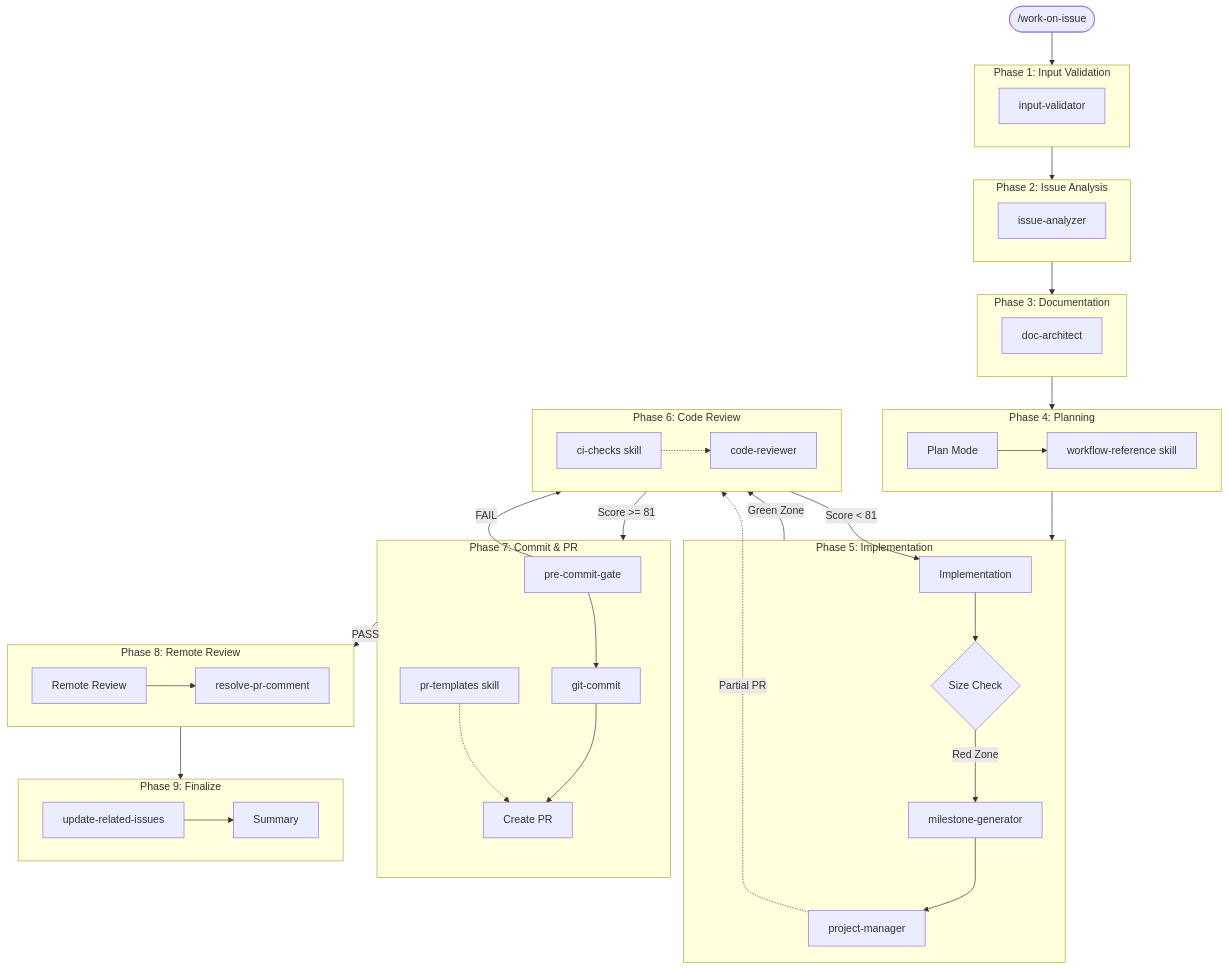
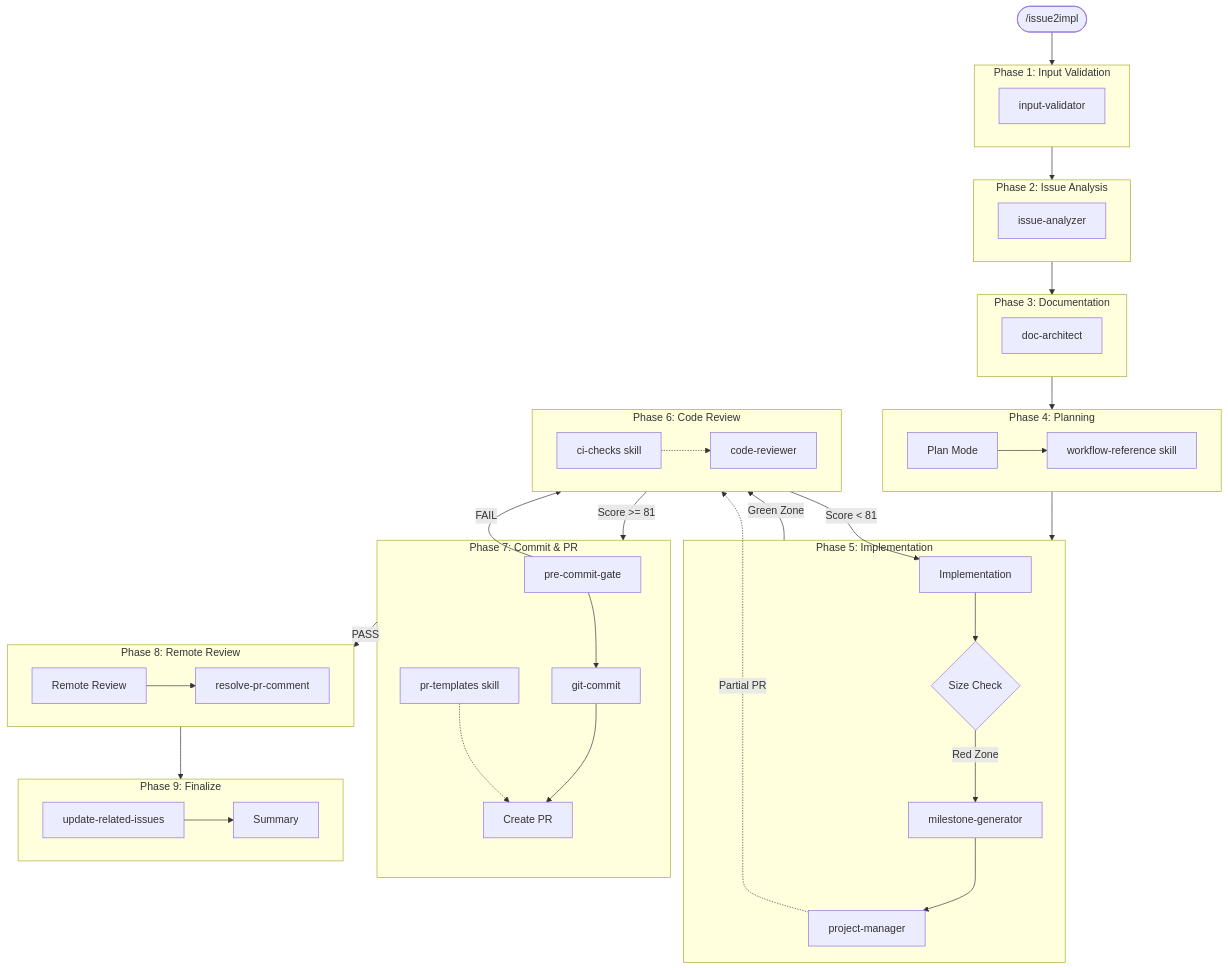
One commit to Entropy-xcy/agentize changed the first of 2 diagrams in claude/README.md. Above: the diagram before and after it, drawn with Mermaid. The commit also changed other lines of this file and 24 other files, not shown here.

First line of the commit message:
[fix] Restore custom command names /feat2issue and /issue2impl

````diff
--- a/claude/README.md
+++ b/claude/README.md
@@ -44,72 +44,72 @@
 ```mermaid
 flowchart TB
-    Start([/work-on-issue]) --> P1
+    Start([/issue2impl]) --> P1
 
     subgraph P1[Phase 1: Input Validation]
         IV[input-validator]
     end
 
     subgraph P2[Phase 2: Issue Analysis]
         IA[issue-analyzer]
     end
 
     subgraph P3[Phase 3: Documentation]
         DA[doc-architect]
     end
 
     subgraph P4[Phase 4: Planning]
         PM[Plan Mode]
         WR1[workflow-reference skill]
         PM --> WR1
     end
 
     subgraph P5[Phase 5: Implementation]
         IMP[Implementation]
         SIZE{Size Check}
         MG[milestone-generator]
         PJM1[project-manager]
         IMP --> SIZE
         SIZE -->|Red Zone| MG
         MG --> PJM1
     end
 
     subgraph P6[Phase 6: Code Review]
         CR[code-reviewer]
         CI[ci-checks skill]
         CI -.-> CR
     end
 
     subgraph P7[Phase 7: Commit & PR]
         PCG[pre-commit-gate]
         GC[git-commit]
         PRNODE[Create PR]
         PRT[pr-templates skill]
         PCG --> GC
         GC --> PRNODE
         PRT -.-> PRNODE
     end
 
     subgraph P8[Phase 8: Remote Review]
         RR[Remote Review]
         RPC[resolve-pr-comment]
         RR --> RPC
     end
 
     subgraph P9[Phase 9: Finalize]
         URI[update-related-issues]
         SUM[Summary]
         URI --> SUM
     end
 
     P1 --> P2
     P2 --> P3
     P3 --> P4
     P4 --> P5
     P5 -->|Green Zone| P6
     PJM1 -.->|Partial PR| P6
     P6 -->|Score >= 81| P7
     P6 -->|Score < 81| IMP
     P7 -->|PASS| P8
     PCG -->|FAIL| P6
     P8 --> P9
 ```
````
